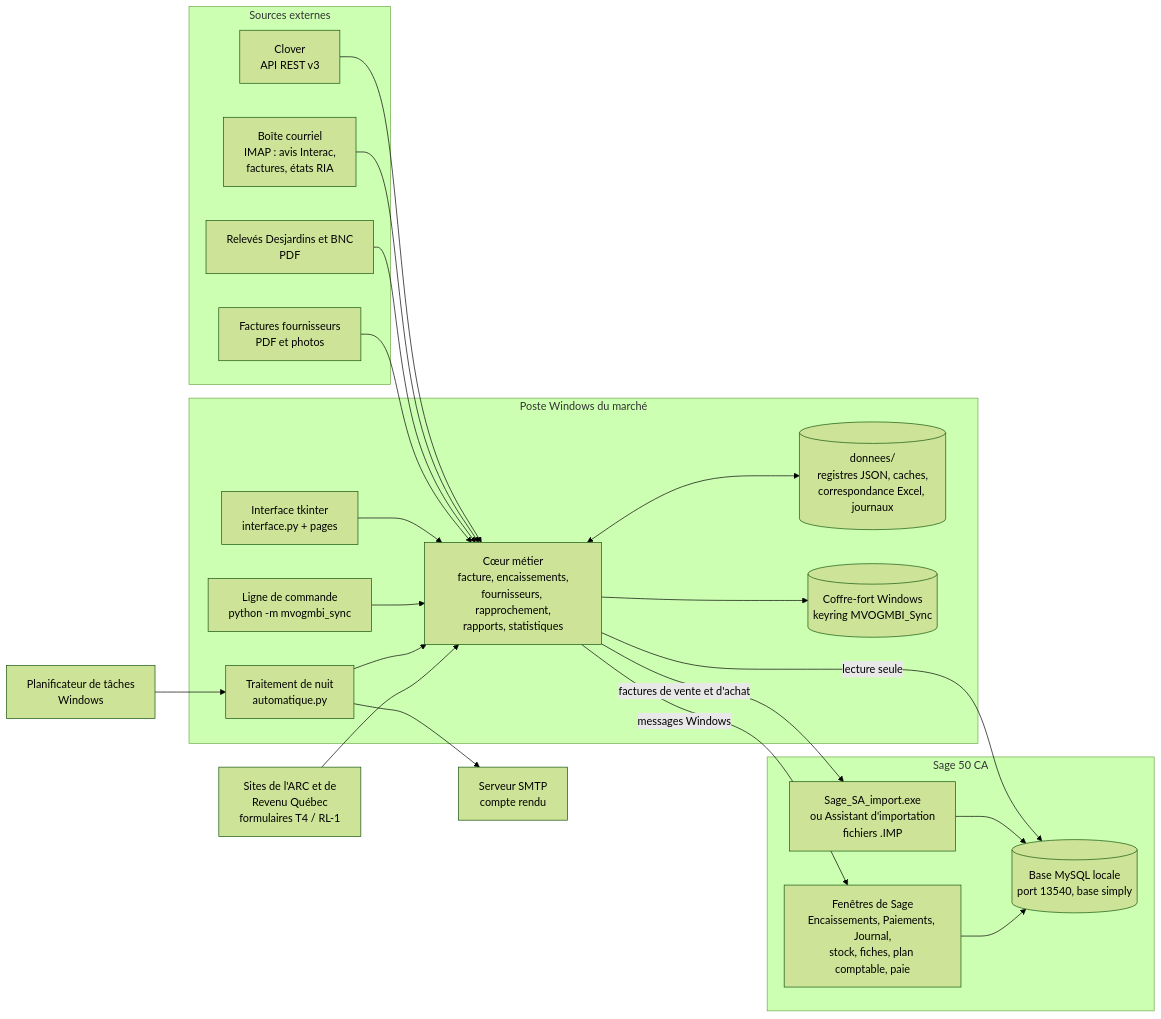
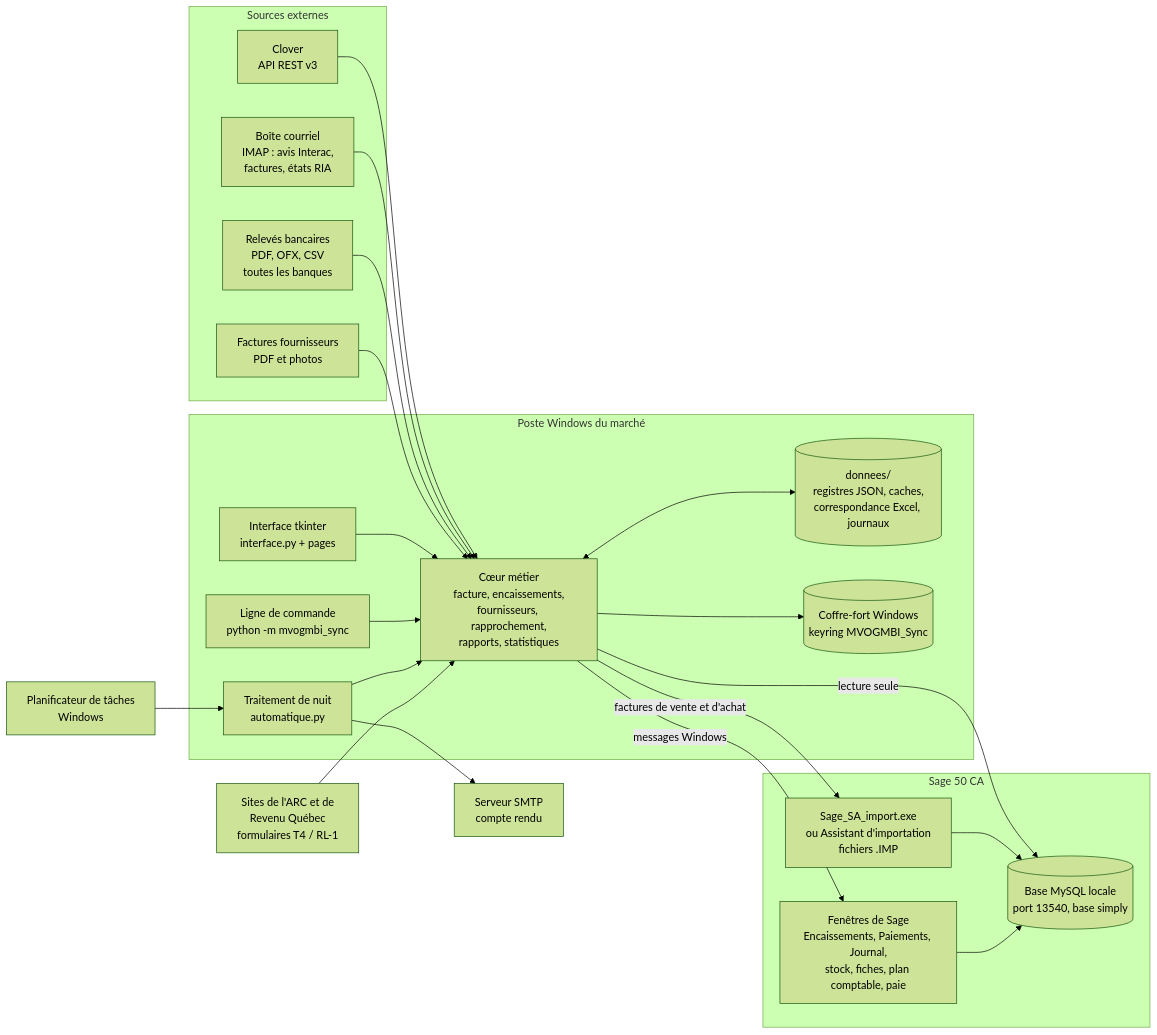
Before and after one commit to mteingueng-dot/MVOGMBI_Sync_2026.1: the first of 23 diagrams in ARCHITECTURE.md, drawn with Mermaid (forest theme). The commit also changed other lines of this file and 41 other files, not shown here.

Commit message:
Version 1.0.11 : documentation complète refaite (toutes les banques, notes de crédit, article tapé, logo, fenêtre web fixe)

````diff
--- a/ARCHITECTURE.md
+++ b/ARCHITECTURE.md
@@ -27,39 +27,39 @@
 ```mermaid
 flowchart LR
     subgraph Externes["Sources externes"]
         CL["Clover<br/>API REST v3"]
         BX["Boîte courriel<br/>IMAP : avis Interac,<br/>factures, états RIA"]
-        DJ["Relevés Desjardins et BNC<br/>PDF"]
+        DJ["Relevés bancaires<br/>PDF, OFX, CSV<br/>toutes les banques"]
         FF["Factures fournisseurs<br/>PDF et photos"]
     end
     subgraph Poste["Poste Windows du marché"]
         UI["Interface tkinter<br/>interface.py + pages"]
         CLI["Ligne de commande<br/>python -m mvogmbi_sync"]
         NUIT["Traitement de nuit<br/>automatique.py"]
         COEUR["Cœur métier<br/>facture, encaissements,<br/>fournisseurs, rapprochement,<br/>rapports, statistiques"]
         DON[("donnees/<br/>registres JSON, caches,<br/>correspondance Excel, journaux")]
         COF[("Coffre-fort Windows<br/>keyring MVOGMBI_Sync")]
     end
     subgraph Sage["Sage 50 CA"]
         MY[("Base MySQL locale<br/>port 13540, base simply")]
         IMP["Sage_SA_import.exe<br/>ou Assistant d'importation<br/>fichiers .IMP"]
         FEN["Fenêtres de Sage<br/>Encaissements, Paiements, Journal,<br/>stock, fiches, plan comptable, paie"]
     end
     SMTP["Serveur SMTP<br/>compte rendu"]
     TS["Planificateur de tâches<br/>Windows"]
 
     CL --> COEUR
     BX --> COEUR
     DJ --> COEUR
     FF --> COEUR
     UI --> COEUR
     CLI --> COEUR
     TS --> NUIT --> COEUR
     COEUR <--> DON
     COEUR --> COF
     COEUR -- "lecture seule" --> MY
     COEUR -- "factures de vente et d'achat" --> IMP --> MY
     COEUR -- "messages Windows" --> FEN --> MY
     NUIT --> SMTP
     GOUV["Sites de l'ARC et de<br/>Revenu Québec<br/>formulaires T4 / RL-1"] --> COEUR
 ```
````
